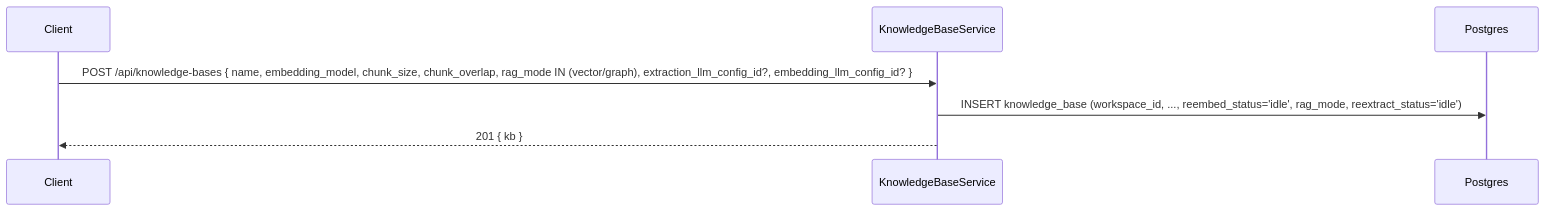
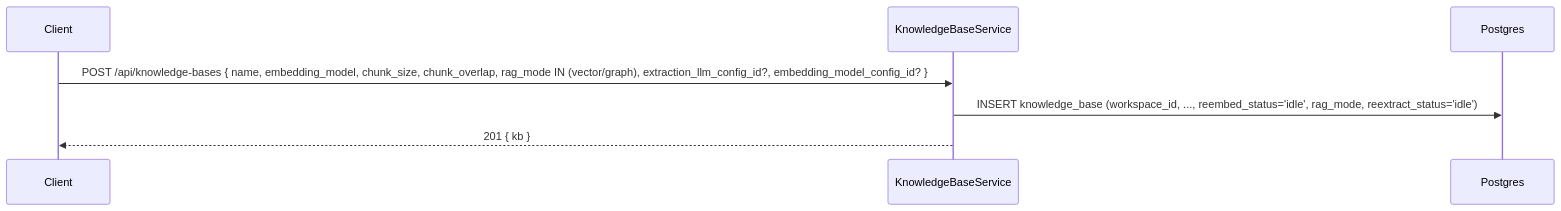
Before and after one commit to worker-ants/clemvion: the first of 5 diagrams in spec/data-flow/6-knowledge-base.md, drawn with Mermaid. The commit also changed other lines of this file and 38 other files, not shown here.

````diff
--- a/spec/data-flow/6-knowledge-base.md
+++ b/spec/data-flow/6-knowledge-base.md
@@ -31,10 +31,10 @@
 ```mermaid
 sequenceDiagram
   participant C as Client
   participant Svc as KnowledgeBaseService
   participant PG as Postgres
 
-  C->>Svc: POST /api/knowledge-bases { name, embedding_model, chunk_size, chunk_overlap, rag_mode IN (vector/graph), extraction_llm_config_id?, embedding_llm_config_id? }
+  C->>Svc: POST /api/knowledge-bases { name, embedding_model, chunk_size, chunk_overlap, rag_mode IN (vector/graph), extraction_llm_config_id?, embedding_model_config_id? }
   Svc->>PG: INSERT knowledge_base (workspace_id, ..., reembed_status='idle', rag_mode, reextract_status='idle')
   Svc-->>C: 201 { kb }
 ```
````
